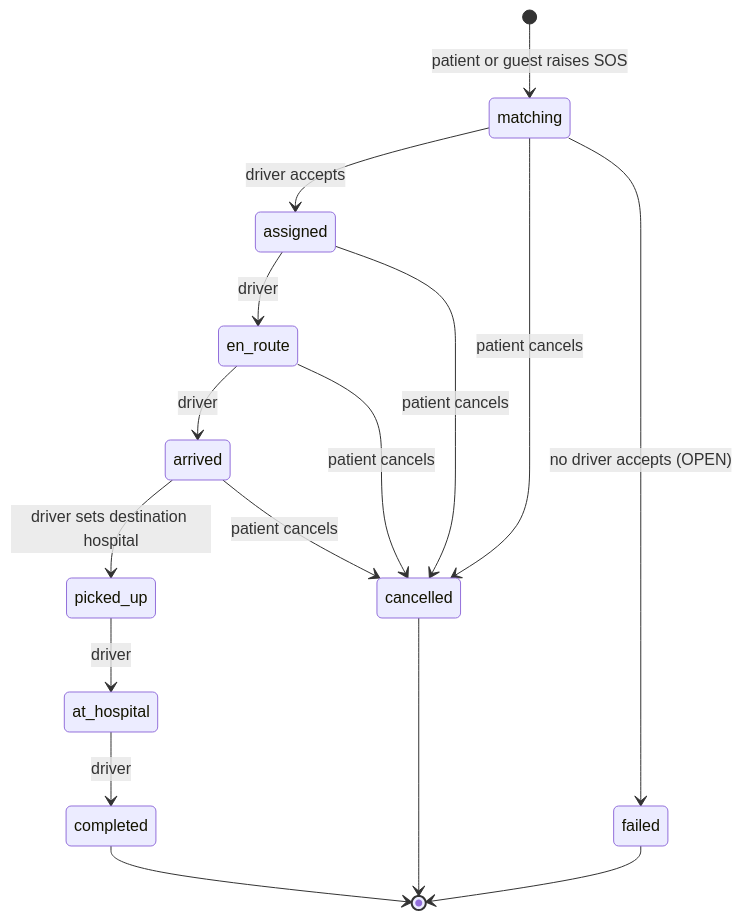
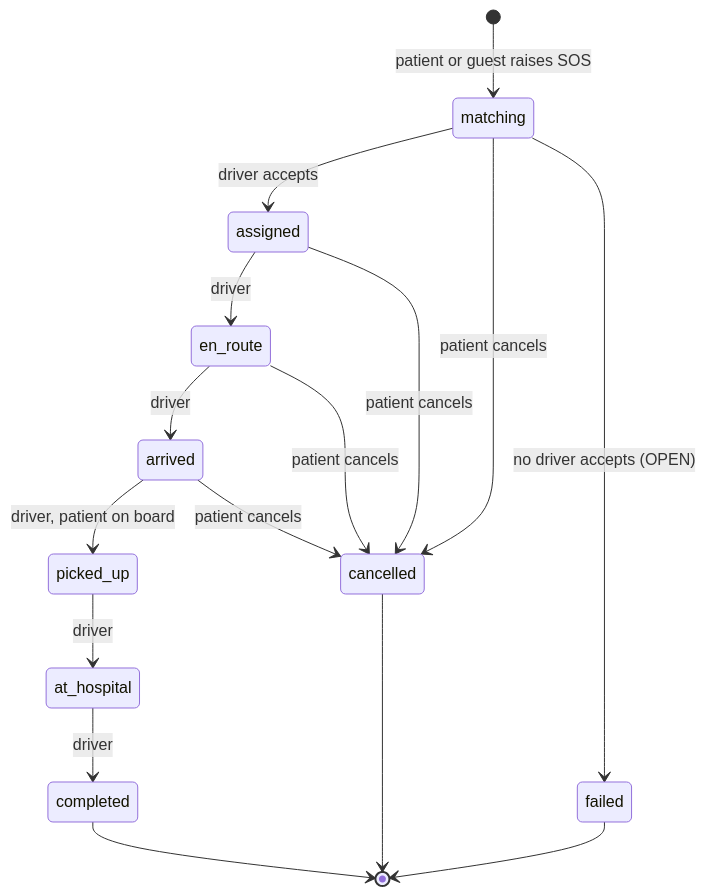
Before and after one commit to Laxmansirvi05/Hospital_Managment_System: the diagram in docs/06-emergency-lifecycle.md, drawn with Mermaid. The commit also changed other lines of this file and 29 other files, not shown here.

````diff
--- a/docs/06-emergency-lifecycle.md
+++ b/docs/06-emergency-lifecycle.md
@@ -23,18 +25,18 @@
 ```mermaid
 stateDiagram-v2
   [*] --> matching: patient or guest raises SOS
   matching --> assigned: driver accepts
   matching --> cancelled: patient cancels
   matching --> failed: no driver accepts (OPEN)
   assigned --> en_route: driver
   assigned --> cancelled: patient cancels
   en_route --> arrived: driver
   en_route --> cancelled: patient cancels
-  arrived --> picked_up: driver sets destination hospital
+  arrived --> picked_up: driver, patient on board
   arrived --> cancelled: patient cancels
   picked_up --> at_hospital: driver
   at_hospital --> completed: driver
   completed --> [*]
   cancelled --> [*]
   failed --> [*]
 ```
````
